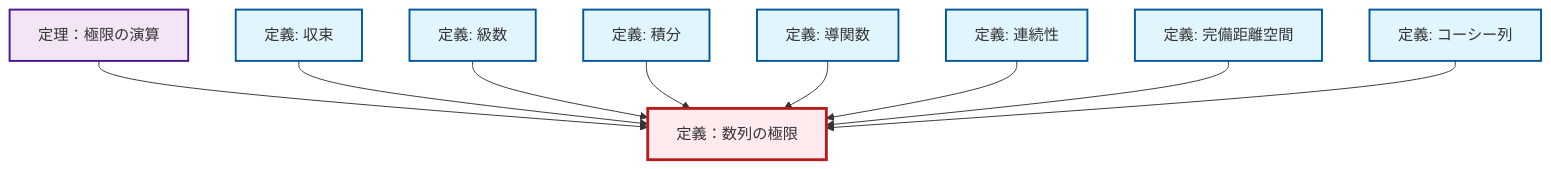
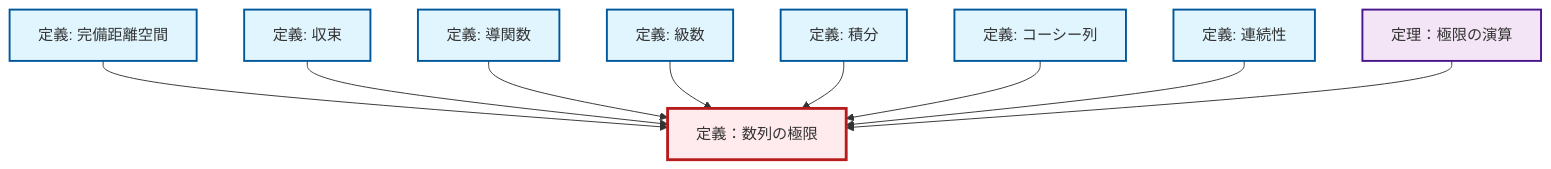
One commit to RK0429/ModernMath changed the diagram in content/ja/analysis/def-limit.qmd. Above: the diagram before and after it, drawn with Mermaid. The commit also changed 672 other files, not shown here.

````diff
--- a/content/ja/analysis/def-limit.qmd
+++ b/content/ja/analysis/def-limit.qmd
@@ -49,35 +49,35 @@
 ```{mermaid}
-%%| fig-cap: "Local dependency graph"
+%%| fig-cap: "ローカル依存関係グラフ"
 graph TD
     classDef definition fill:#e1f5fe,stroke:#01579b,stroke-width:2px
     classDef theorem fill:#f3e5f5,stroke:#4a148c,stroke-width:2px
     classDef axiom fill:#fff3e0,stroke:#e65100,stroke-width:2px
     classDef example fill:#e8f5e9,stroke:#1b5e20,stroke-width:2px
     classDef current fill:#ffebee,stroke:#b71c1c,stroke-width:3px
+    def-cauchy-sequence["定義: コーシー列"]:::definition
     def-limit["定義：数列の極限"]:::definition
+    def-derivative["定義: 導関数"]:::definition
+    def-convergence["定義: 収束"]:::definition
+    def-complete-metric-space["定義: 完備距離空間"]:::definition
+    def-series["定義: 級数"]:::definition
+    thm-limit-arithmetic["定理：極限の演算"]:::theorem
+    def-integral["定義: 積分"]:::definition
     def-continuity["定義: 連続性"]:::definition
-    def-complete-metric-space["定義: 完備距離空間"]:::definition
-    def-derivative["定義: 導関数"]:::definition
-    def-series["定義: 級数"]:::definition
-    def-convergence["定義: 収束"]:::definition
-    def-integral["定義: 積分"]:::definition
-    def-cauchy-sequence["定義: コーシー列"]:::definition
-    thm-limit-arithmetic["定理：極限の演算"]:::theorem
-    thm-limit-arithmetic --> def-limit
+    def-complete-metric-space --> def-limit
     def-convergence --> def-limit
+    def-derivative --> def-limit
     def-series --> def-limit
     def-integral --> def-limit
-    def-derivative --> def-limit
+    def-cauchy-sequence --> def-limit
     def-continuity --> def-limit
-    def-complete-metric-space --> def-limit
-    def-cauchy-sequence --> def-limit
+    thm-limit-arithmetic --> def-limit
     class def-limit current
+    click def-cauchy-sequence "def-cauchy-sequence.html" "コーシー列の定義へ"
+    click def-derivative "def-derivative.html" "導関数の定義へ"
+    click def-convergence "def-convergence.html" "収束の定義へ"
+    click def-complete-metric-space "def-complete-metric-space.html" "完備距離空間の定義へ"
+    click def-series "def-series.html" "級数の定義へ"
+    click thm-limit-arithmetic "thm-limit-arithmetic.html" "定理：極限の演算へ"
+    click def-integral "def-integral.html" "積分の定義へ"
     click def-continuity "def-continuity.html" "連続性の定義へ"
-    click def-complete-metric-space "def-complete-metric-space.html" "完備距離空間の定義へ"
-    click def-derivative "def-derivative.html" "導関数の定義へ"
-    click def-series "def-series.html" "級数の定義へ"
-    click def-convergence "def-convergence.html" "収束の定義へ"
-    click def-integral "def-integral.html" "積分の定義へ"
-    click def-cauchy-sequence "def-cauchy-sequence.html" "コーシー列の定義へ"
-    click thm-limit-arithmetic "thm-limit-arithmetic.html" "定理：極限の演算へ"
 ```
````
